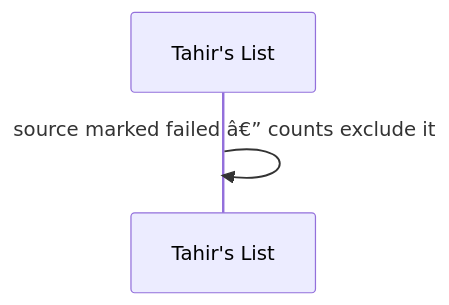
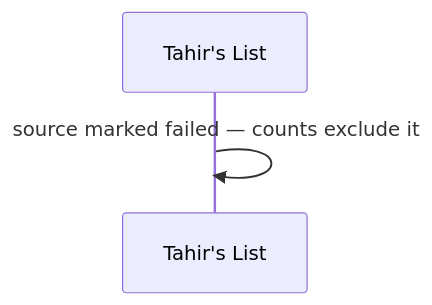
The second of 6 diagrams in docs/features/SC-211/04-blackbox/UC-04-audit-and-record-evidence.md (Losers-Lab/tahirs-list), drawn with Mermaid before and after one commit. The commit also changed other lines of this file and 12 other files, not shown here.

````diff
--- a/docs/features/SC-211/04-blackbox/UC-04-audit-and-record-evidence.md
+++ b/docs/features/SC-211/04-blackbox/UC-04-audit-and-record-evidence.md
@@ -20,5 +20,5 @@
 ```mermaid
 sequenceDiagram
   participant TL as Tahir's List
-  TL->>TL: source marked failed â€” counts exclude it
+  TL->>TL: source marked failed — counts exclude it
 ```
````
